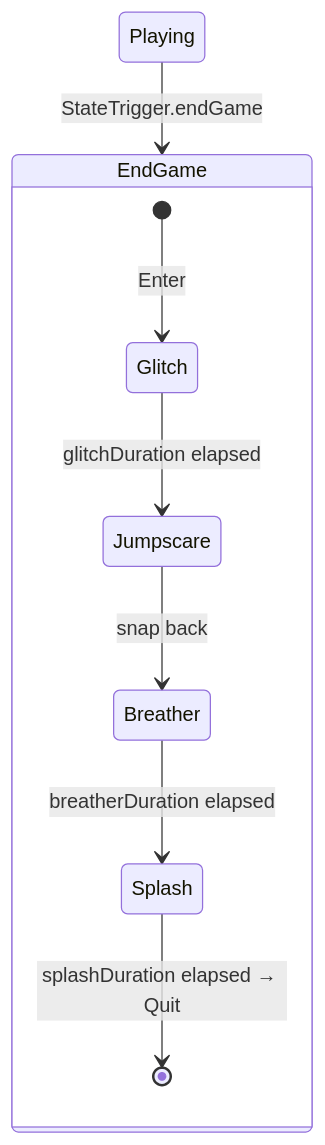
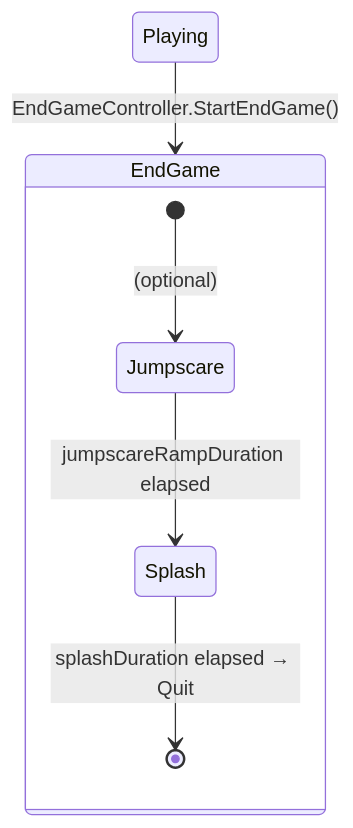
Before and after one commit to toryjleo/HorrorHouse: the diagram in Assets/Plans/EndGameSequencePlan.md, drawn with Mermaid. The commit also changed other lines of this file, not shown here.

````diff
--- a/Assets/Plans/EndGameSequencePlan.md
+++ b/Assets/Plans/EndGameSequencePlan.md
@@ -9,11 +24,9 @@
 ```mermaid
 stateDiagram-v2
-    Playing --> EndGame : StateTrigger.endGame
+    Playing --> EndGame : EndGameController.StartEndGame()
     state EndGame {
-        [*] --> Glitch : Enter
-        Glitch --> Jumpscare : glitchDuration elapsed
-        Jumpscare --> Breather : snap back
-        Breather --> Splash : breatherDuration elapsed
+        [*] --> Jumpscare : (optional)
+        Jumpscare --> Splash : jumpscareRampDuration elapsed
         Splash --> [*] : splashDuration elapsed → Quit
     }
 ```
````
